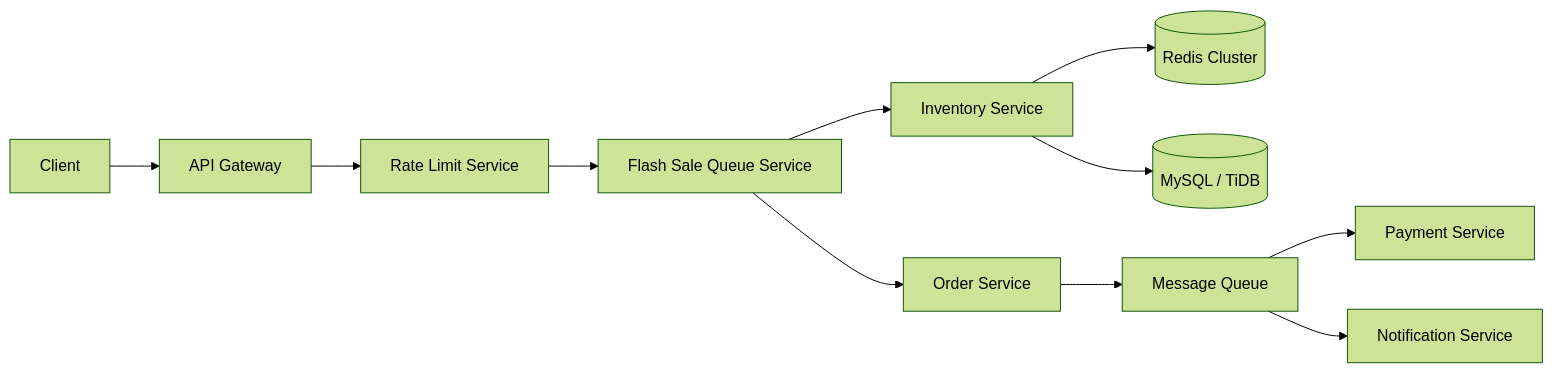
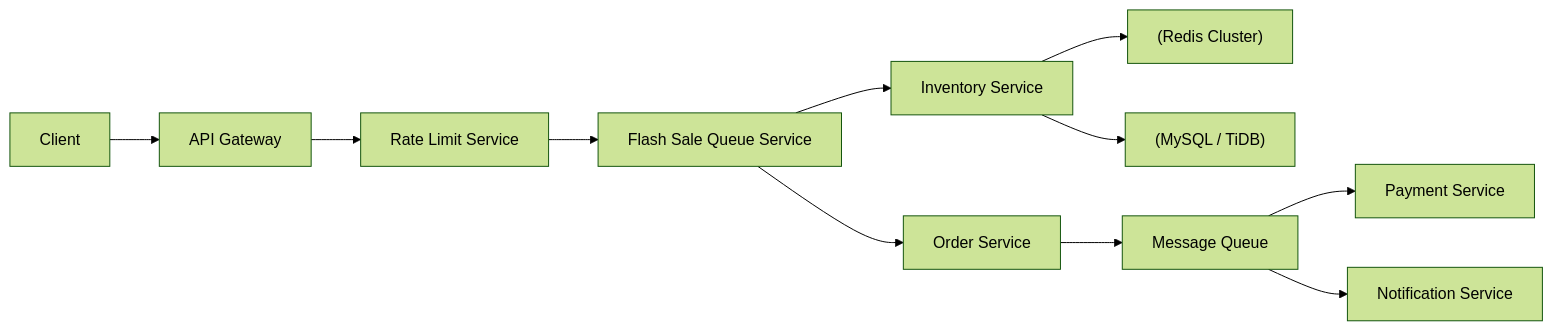
The second of 2 diagrams in content/posts/shopee-flash-sale-architecture.md (vesviet/vesviet), drawn with Mermaid (forest theme) before and after one commit. The commit also changed other lines of this file and 331 other files, not shown here.

````diff
--- a/content/posts/shopee-flash-sale-architecture.md
+++ b/content/posts/shopee-flash-sale-architecture.md
@@ -234,13 +234,13 @@
 ```mermaid
 graph LR
-    Client --> GW[API Gateway]
-    GW --> RLS[Rate Limit Service]
-    RLS --> FLQ[Flash Sale Queue Service]
-    FLQ --> INV[Inventory Service]
-    FLQ --> ORDER[Order Service]
-    INV --> REDIS[(Redis Cluster)]
-    INV --> DB[(MySQL / TiDB)]
-    ORDER --> MQ[Message Queue]
-    MQ --> PAY[Payment Service]
-    MQ --> NOTIFY[Notification Service]
+    Client --> GW["API Gateway"]
+    GW --> RLS["Rate Limit Service"]
+    RLS --> FLQ["Flash Sale Queue Service"]
+    FLQ --> INV["Inventory Service"]
+    FLQ --> ORDER["Order Service"]
+    INV --> REDIS["(Redis Cluster)"]
+    INV --> DB["(MySQL / TiDB)"]
+    ORDER --> MQ["Message Queue"]
+    MQ --> PAY["Payment Service"]
+    MQ --> NOTIFY["Notification Service"]
 ```
````
